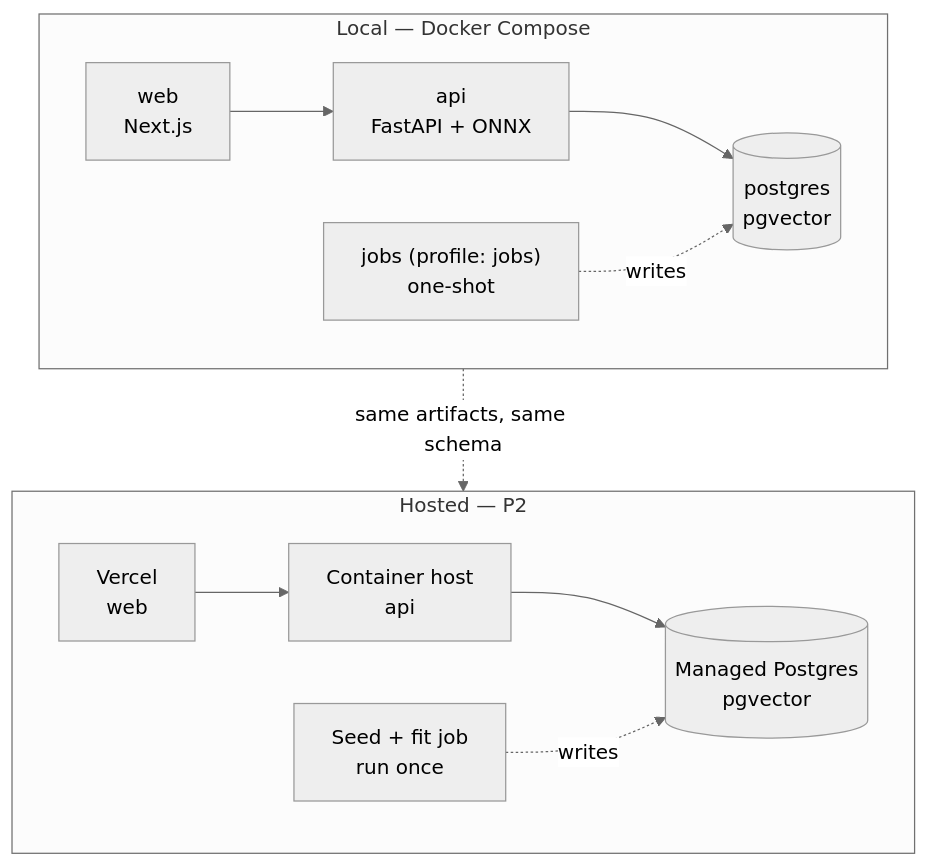
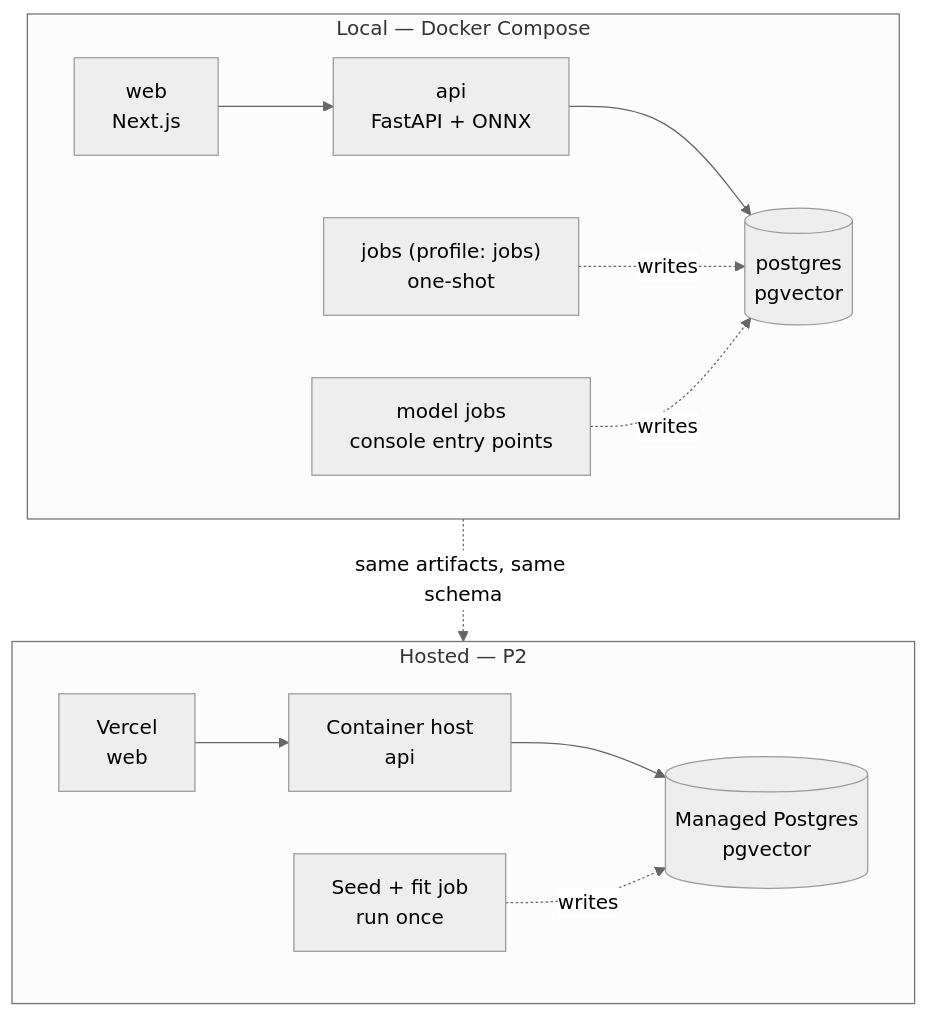
The seventh of 7 diagrams in specs/sad.md (jsh562/Procurement-Risk), drawn with Mermaid (neutral theme) before and after one commit. The commit also changed other lines of this file, not shown here.

````diff
--- a/specs/sad.md
+++ b/specs/sad.md
@@ -186,14 +186,15 @@
 ```mermaid
 flowchart TB
     subgraph Local["Local — Docker Compose"]
         LW["web<br>Next.js"] --> LA["api<br>FastAPI + ONNX"]
         LA --> LDB[("postgres<br>pgvector")]
         LJ["jobs (profile: jobs)<br>one-shot"] -.writes.-> LDB
+        LM["model jobs<br>console entry points"] -.writes.-> LDB
     end
     subgraph Hosted["Hosted — P2"]
         HW["Vercel<br>web"] --> HA["Container host<br>api"]
         HA --> HDB[("Managed Postgres<br>pgvector")]
         HS["Seed + fit job<br>run once"] -.writes.-> HDB
     end
     Local -.->|"same artifacts, same schema"| Hosted
 ```
````
